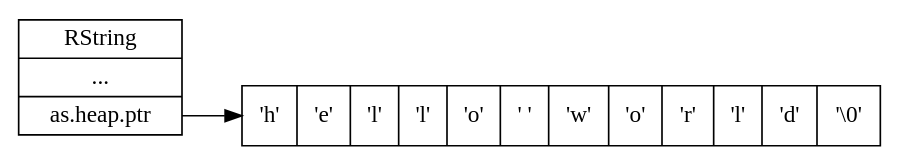
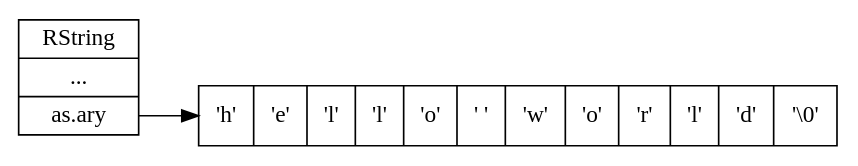
One commit to huangzworks/note changed the first of 3 diagrams in language/mruby-code-analysis/string.rst. Above: the diagram before and after it, drawn with Graphviz.

Commit message:
修正嵌入字符串示例图片中的属性名

```diff
--- a/language/mruby-code-analysis/string.rst
+++ b/language/mruby-code-analysis/string.rst
@@ -184,19 +184,19 @@
 .. graphviz::
 
     digraph {
 
         rankdir = LR;
 
         //
 
         node [shape = record]
 
-        RString [label = " <head> RString | ... | <ptr> as.heap.ptr "];
+        RString [label = " <head> RString | ... | <ary> as.ary "];
 
         buffer [label = " { <0> 'h' | 'e' | 'l' | 'l' | <4> 'o' | ' ' | 'w' | 'o' | 'r' | 'l' | <10> 'd' | '\\0' } "];
 
         //
 
-        RString:ptr -> buffer;
+        RString:ary -> buffer;
 
     }
```
